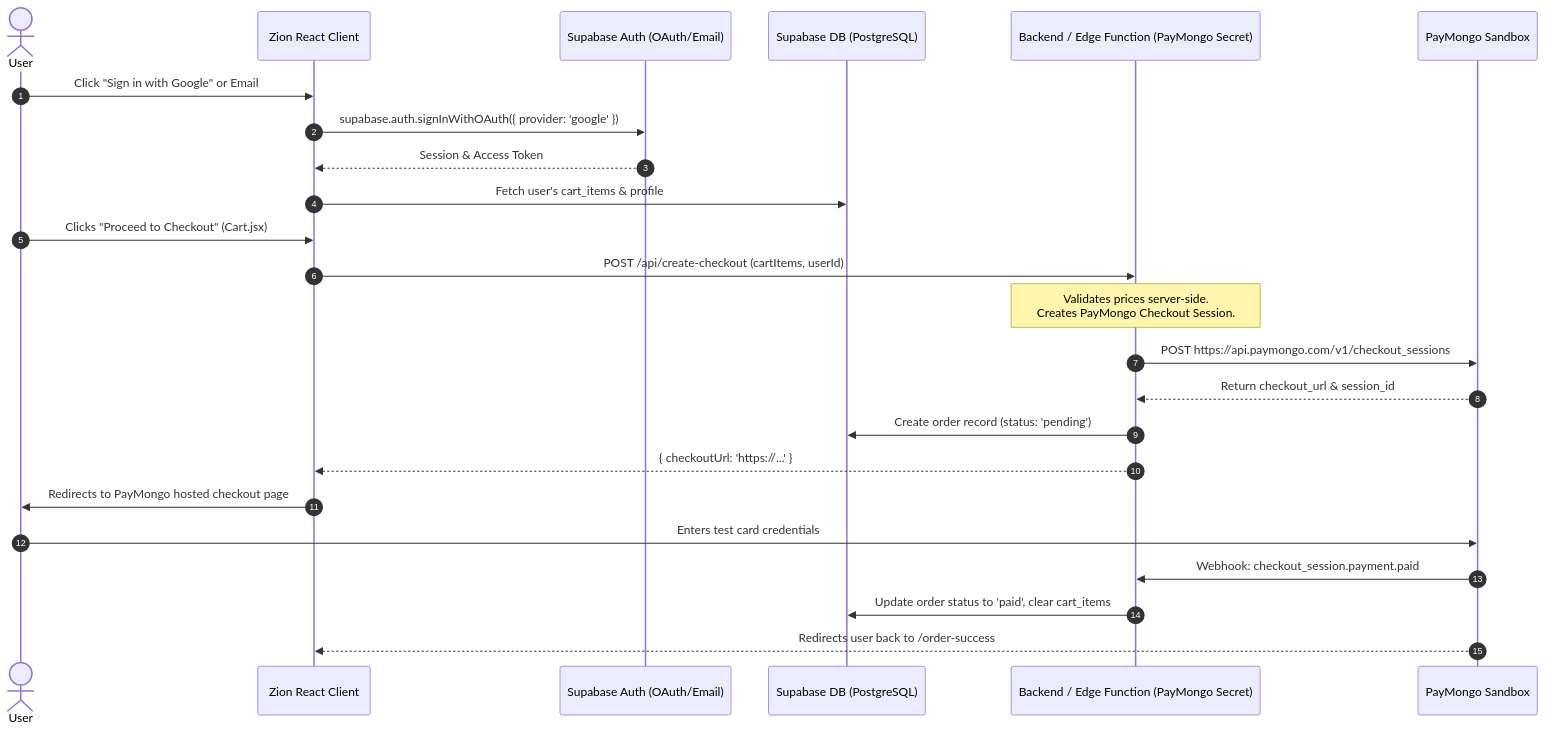
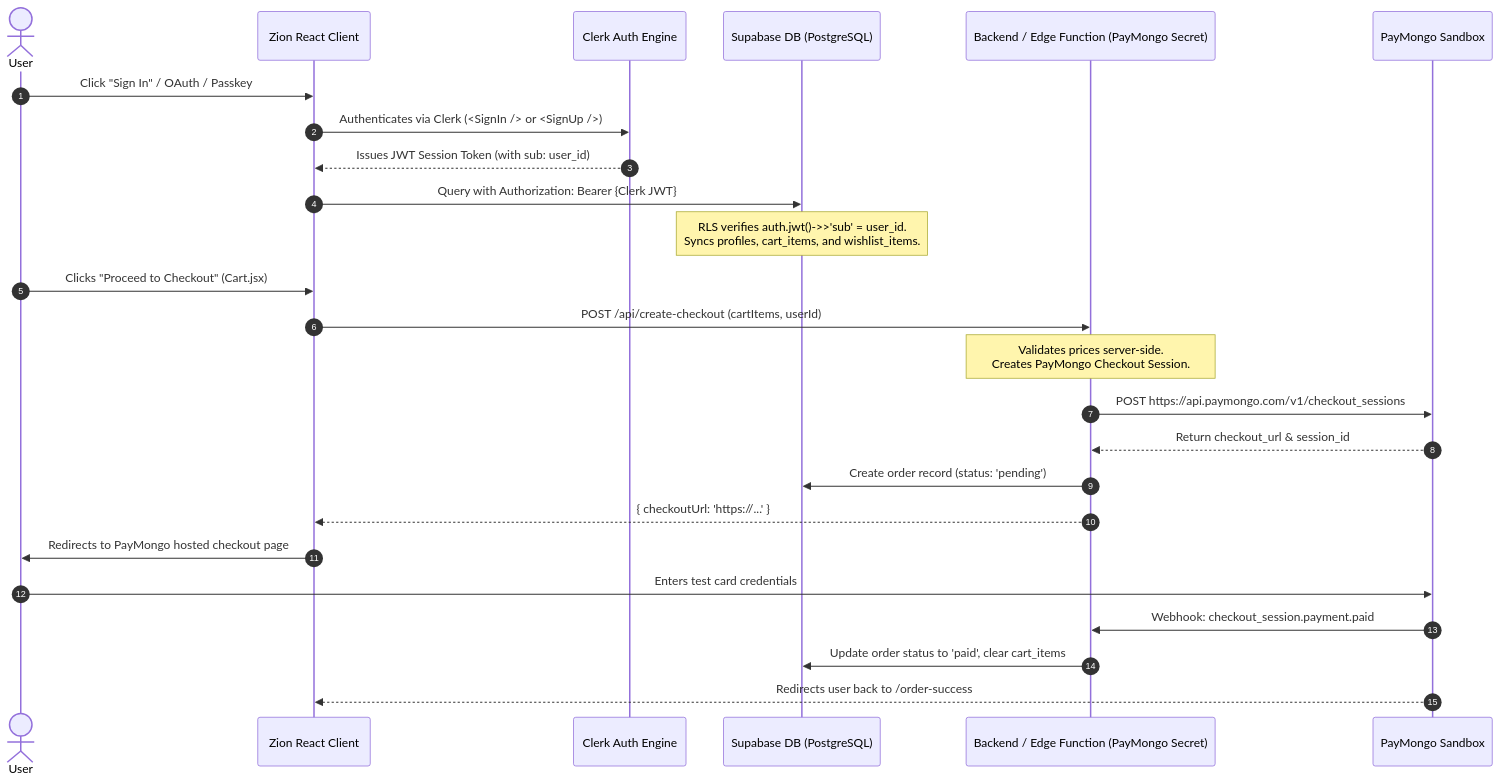
The diagram in docs/INTEGRATIONS_ROADMAP.md (Hotpotato02133/zion-shop), drawn with Mermaid before and after one commit. The commit also changed other lines of this file and 16 other files, not shown here.

First line of the commit message:
Integrate Clerk auth with Supabase

````diff
--- a/docs/INTEGRATIONS_ROADMAP.md
+++ b/docs/INTEGRATIONS_ROADMAP.md
@@ -9,30 +9,31 @@
 ```mermaid
 sequenceDiagram
     autonumber
     actor User
     participant Frontend as Zion React Client
-    participant SupabaseAuth as Supabase Auth (OAuth/Email)
+    participant Clerk as Clerk Auth Engine
     participant SupabaseDB as Supabase DB (PostgreSQL)
     participant BackendAPI as Backend / Edge Function (PayMongo Secret)
     participant PayMongo as PayMongo Sandbox
 
     %% Auth Flow
-    User->>Frontend: Click "Sign in with Google" or Email
-    Frontend->>SupabaseAuth: supabase.auth.signInWithOAuth({ provider: 'google' })
-    SupabaseAuth-->>Frontend: Session & Access Token
-    Frontend->>SupabaseDB: Fetch user's cart_items & profile
+    User->>Frontend: Click "Sign In" / OAuth / Passkey
+    Frontend->>Clerk: Authenticates via Clerk (<SignIn /> or <SignUp />)
+    Clerk-->>Frontend: Issues JWT Session Token (with sub: user_id)
+    Frontend->>SupabaseDB: Query with Authorization: Bearer {Clerk JWT}
+    Note over SupabaseDB: RLS verifies auth.jwt()->>'sub' = user_id.<br/>Syncs profiles, cart_items, and wishlist_items.
 
     %% Checkout Flow
     User->>Frontend: Clicks "Proceed to Checkout" (Cart.jsx)
     Frontend->>BackendAPI: POST /api/create-checkout (cartItems, userId)
     Note over BackendAPI: Validates prices server-side.<br/>Creates PayMongo Checkout Session.
     BackendAPI->>PayMongo: POST https://api.paymongo.com/v1/checkout_sessions
     PayMongo-->>BackendAPI: Return checkout_url & session_id
     BackendAPI->>SupabaseDB: Create order record (status: 'pending')
     BackendAPI-->>Frontend: { checkoutUrl: 'https://...' }
     Frontend->>User: Redirects to PayMongo hosted checkout page
     User->>PayMongo: Enters test card credentials
     PayMongo->>BackendAPI: Webhook: checkout_session.payment.paid
     BackendAPI->>SupabaseDB: Update order status to 'paid', clear cart_items
     PayMongo-->>Frontend: Redirects user back to /order-success
 ```
````
